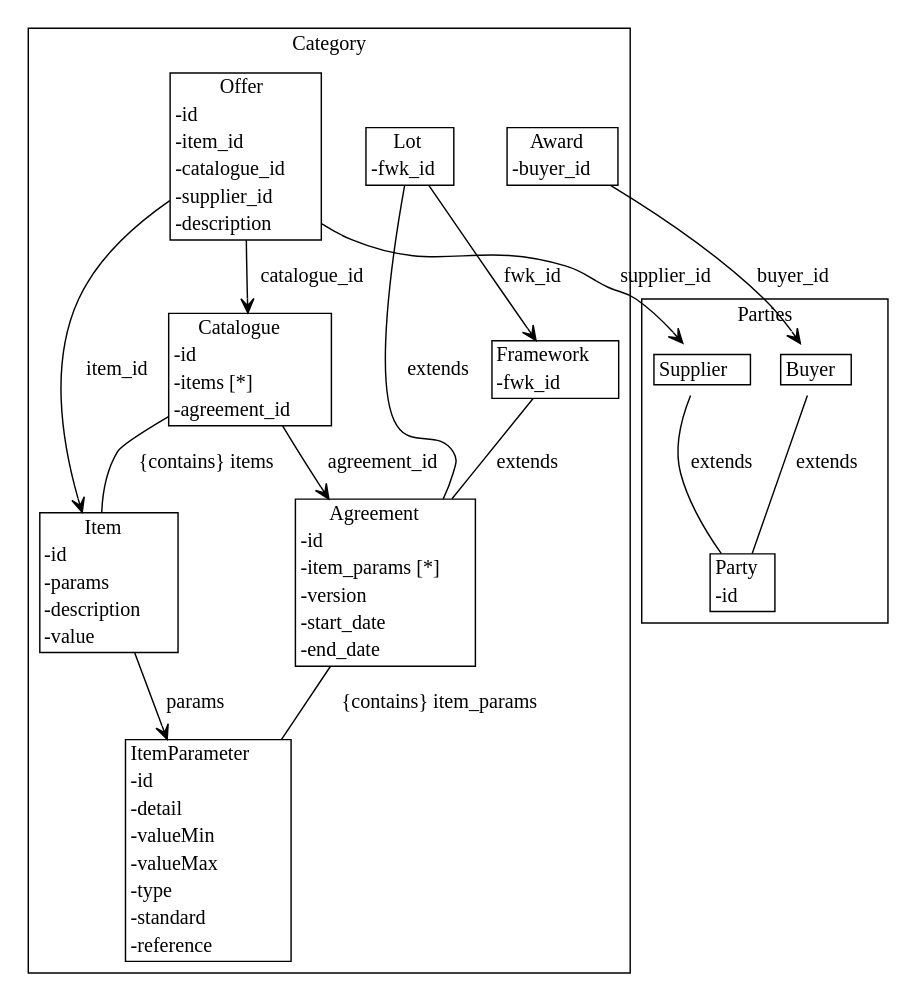
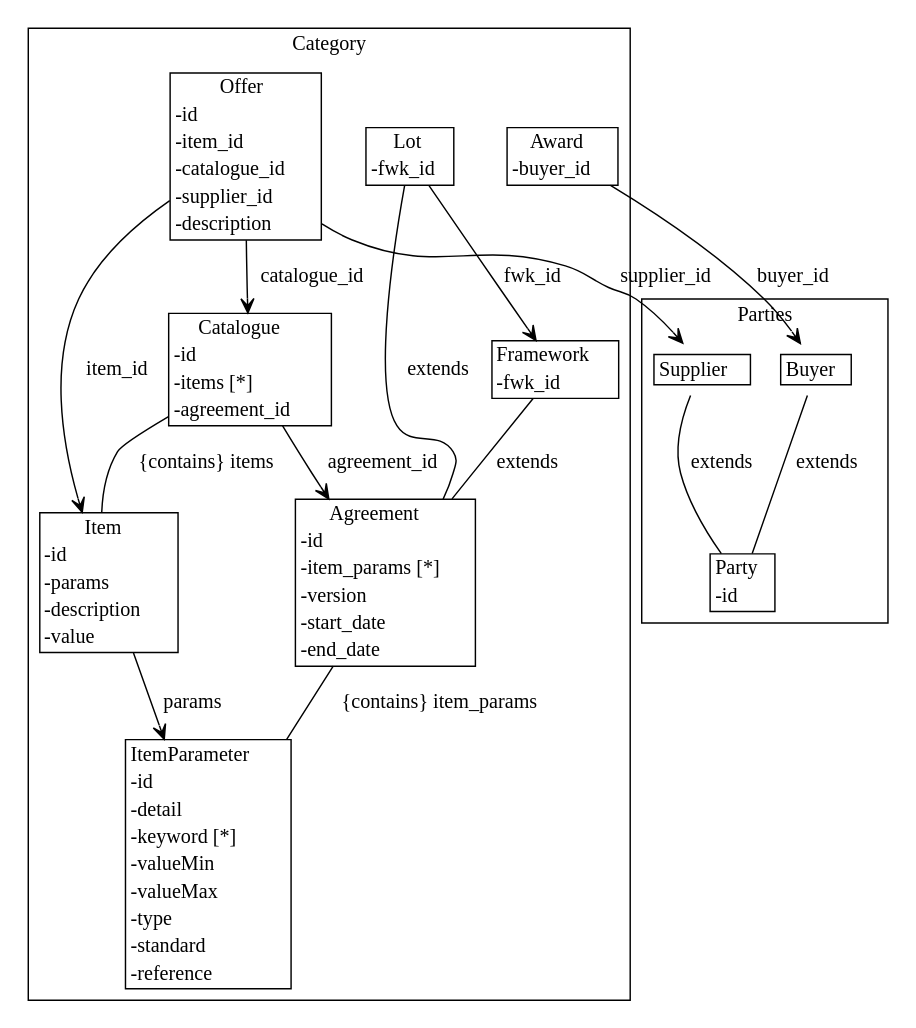
One commit to Crown-Commercial-Service/cmp-design-prototype changed the diagram in agreement-design/gen/diagrams/data_model.dot. Above: the diagram before and after it, drawn with Graphviz. The commit also changed 8 other files, not shown here.

```diff
--- a/agreement-design/gen/diagrams/data_model.dot
+++ b/agreement-design/gen/diagrams/data_model.dot
@@ -1,34 +1,34 @@
 strict digraph {
 subgraph cluster_Category {
 node [shape=plaintext margin=0];
 label=Category;
-"ItemParameter" [label=<<table BORDER="1" CELLBORDER="0" CELLSPACING="0"><TH><TD>ItemParameter</TD></TH><TR><TD ALIGN="LEFT">-id </TD></TR><TR><TD ALIGN="LEFT">-detail </TD></TR><TR><TD ALIGN="LEFT">-valueMin </TD></TR><TR><TD ALIGN="LEFT">-valueMax </TD></TR><TR><TD ALIGN="LEFT">-type </TD></TR><TR><TD ALIGN="LEFT">-standard </TD></TR><TR><TD ALIGN="LEFT">-reference </TD></TR></table>>];
+"ItemParameter" [label=<<table BORDER="1" CELLBORDER="0" CELLSPACING="0"><TH><TD>ItemParameter</TD></TH><TR><TD ALIGN="LEFT">-id </TD></TR><TR><TD ALIGN="LEFT">-detail </TD></TR><TR><TD ALIGN="LEFT">-keyword [*]</TD></TR><TR><TD ALIGN="LEFT">-valueMin </TD></TR><TR><TD ALIGN="LEFT">-valueMax </TD></TR><TR><TD ALIGN="LEFT">-type </TD></TR><TR><TD ALIGN="LEFT">-standard </TD></TR><TR><TD ALIGN="LEFT">-reference </TD></TR></table>>];
 "Agreement" [label=<<table BORDER="1" CELLBORDER="0" CELLSPACING="0"><TH><TD>Agreement</TD></TH><TR><TD ALIGN="LEFT">-id </TD></TR><TR><TD ALIGN="LEFT">-item_params [*]</TD></TR><TR><TD ALIGN="LEFT">-version </TD></TR><TR><TD ALIGN="LEFT">-start_date </TD></TR><TR><TD ALIGN="LEFT">-end_date </TD></TR></table>>];
 "Framework" [label=<<table BORDER="1" CELLBORDER="0" CELLSPACING="0"><TH><TD>Framework</TD></TH><TR><TD ALIGN="LEFT">-fwk_id </TD></TR></table>>];
 "Lot" [label=<<table BORDER="1" CELLBORDER="0" CELLSPACING="0"><TH><TD>Lot</TD></TH><TR><TD ALIGN="LEFT">-fwk_id </TD></TR></table>>];
 "Item" [label=<<table BORDER="1" CELLBORDER="0" CELLSPACING="0"><TH><TD>Item</TD></TH><TR><TD ALIGN="LEFT">-id </TD></TR><TR><TD ALIGN="LEFT">-params </TD></TR><TR><TD ALIGN="LEFT">-description </TD></TR><TR><TD ALIGN="LEFT">-value </TD></TR></table>>];
 "Catalogue" [label=<<table BORDER="1" CELLBORDER="0" CELLSPACING="0"><TH><TD>Catalogue</TD></TH><TR><TD ALIGN="LEFT">-id </TD></TR><TR><TD ALIGN="LEFT">-items [*]</TD></TR><TR><TD ALIGN="LEFT">-agreement_id </TD></TR></table>>];
 "Offer" [label=<<table BORDER="1" CELLBORDER="0" CELLSPACING="0"><TH><TD>Offer</TD></TH><TR><TD ALIGN="LEFT">-id </TD></TR><TR><TD ALIGN="LEFT">-item_id </TD></TR><TR><TD ALIGN="LEFT">-catalogue_id </TD></TR><TR><TD ALIGN="LEFT">-supplier_id </TD></TR><TR><TD ALIGN="LEFT">-description </TD></TR></table>>];
 "Award" [label=<<table BORDER="1" CELLBORDER="0" CELLSPACING="0"><TH><TD>Award</TD></TH><TR><TD ALIGN="LEFT">-buyer_id </TD></TR></table>>];
 }
 subgraph cluster_Parties {
 node [shape=plaintext margin=0];
 label=Parties;
 "Party" [label=<<table BORDER="1" CELLBORDER="0" CELLSPACING="0"><TH><TD>Party</TD></TH><TR><TD ALIGN="LEFT">-id </TD></TR></table>>];
 "Supplier" [label=<<table BORDER="1" CELLBORDER="0" CELLSPACING="0"><TH><TD>Supplier</TD></TH></table>>];
 "Buyer" [label=<<table BORDER="1" CELLBORDER="0" CELLSPACING="0"><TH><TD>Buyer</TD></TH></table>>];
 }
 "Agreement" -> "ItemParameter" [label="{contains} item_params" arrowhead = "none" arrowtail = "diamond" ];
 "Framework" -> "Agreement" [label="extends" arrowhead = "none" arrowtail = "normal" ];
 "Lot" -> "Framework" [label="fwk_id" arrowhead = "open" arrowtail = "none" ];
 "Lot" -> "Agreement" [label="extends" arrowhead = "none" arrowtail = "normal" ];
 "Item" -> "ItemParameter" [label="params" arrowhead = "open" arrowtail = "none" ];
 "Catalogue" -> "Item" [label="{contains} items" arrowhead = "none" arrowtail = "diamond" ];
 "Catalogue" -> "Agreement" [label="agreement_id" arrowhead = "open" arrowtail = "none" ];
 "Offer" -> "Item" [label="item_id" arrowhead = "open" arrowtail = "none" ];
 "Offer" -> "Catalogue" [label="catalogue_id" arrowhead = "open" arrowtail = "none" ];
 "Offer" -> "Supplier" [label="supplier_id" arrowhead = "open" arrowtail = "none" ];
 "Award" -> "Buyer" [label="buyer_id" arrowhead = "open" arrowtail = "none" ];
 "Supplier" -> "Party" [label="extends" arrowhead = "none" arrowtail = "normal" ];
 "Buyer" -> "Party" [label="extends" arrowhead = "none" arrowtail = "normal" ];
 }
```
